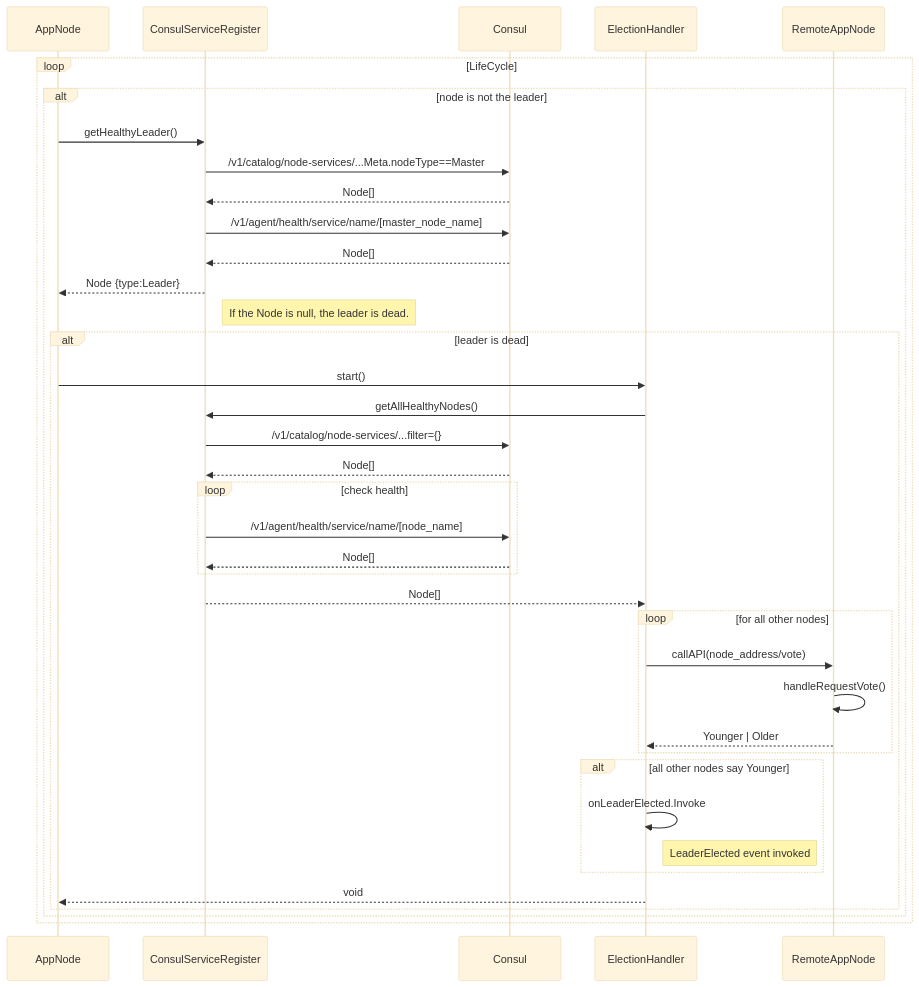
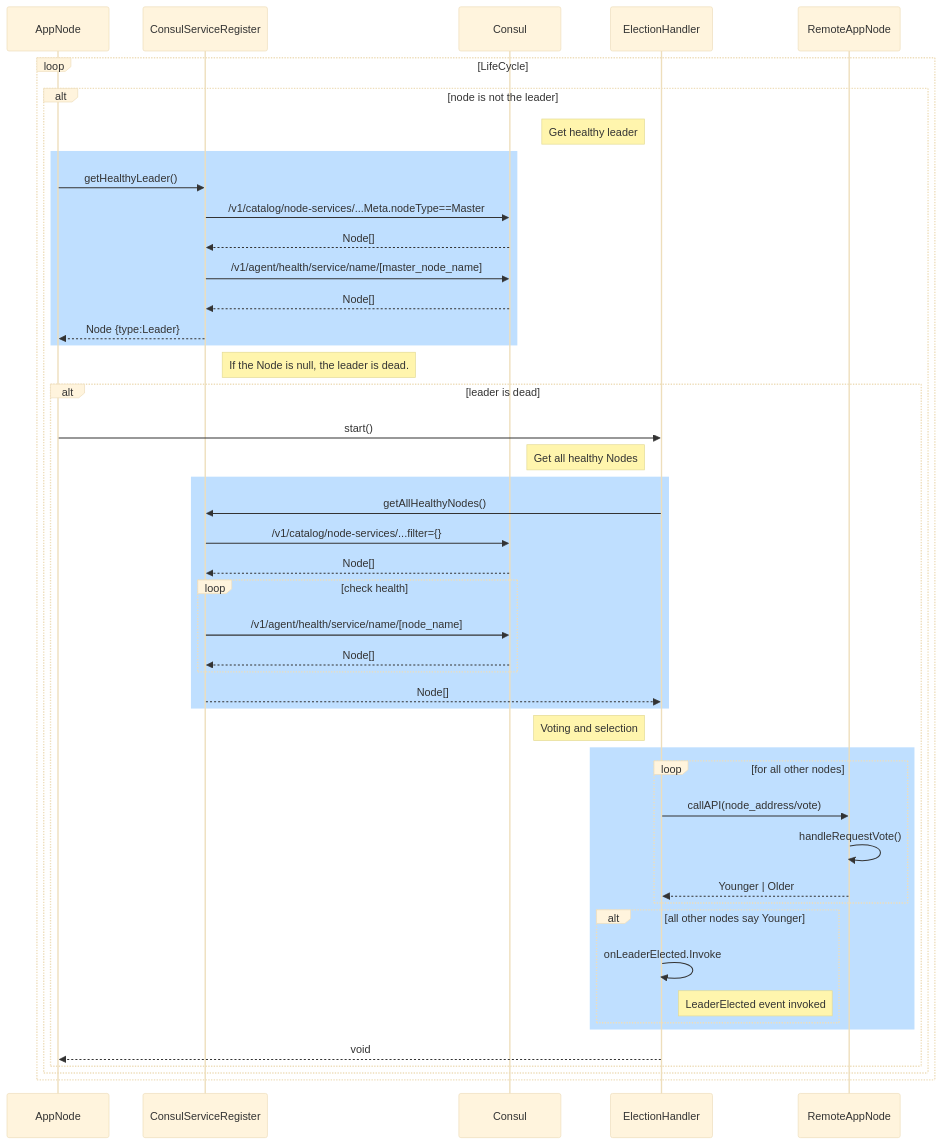
The diagram in docs/diagrams/seq-diagram-leader-selection.mmd (Kantha-Liyanage/DC-Assignment-Prime-Numbers), drawn with Mermaid (base theme) before and after one commit. The commit also changed 1 other file, not shown here.

```diff
--- a/docs/diagrams/seq-diagram-leader-selection.mmd
+++ b/docs/diagrams/seq-diagram-leader-selection.mmd
@@ -1,37 +1,57 @@
 sequenceDiagram 
+
+participant AppNode
+participant ConsulServiceRegister
+participant Consul
+participant ElectionHandler
+participant RemoteAppNode
 
 loop LifeCycle
     alt node is not the leader
         # Get healthy leader
+        Note left of ElectionHandler : Get healthy leader
+        rect rgb(191, 223, 255)
         AppNode ->> ConsulServiceRegister : getHealthyLeader()
         ConsulServiceRegister ->> Consul : /v1/catalog/node-services/...Meta.nodeType==Master
         Consul -->> ConsulServiceRegister : Node[]
         ConsulServiceRegister ->> Consul : /v1/agent/health/service/name/[master_node_name]
         Consul -->> ConsulServiceRegister : Node[]
         ConsulServiceRegister -->> AppNode : Node {type:Leader}
+        end
 
         # The leader is dead
         Note right of ConsulServiceRegister : If the Node is null, the leader is dead.
         alt leader is dead
             AppNode ->> ElectionHandler : start()
+            
+            # Get all healthy Nodes
+            Note left of ElectionHandler : Get all healthy Nodes
+            rect rgb(191, 223, 255)
             ElectionHandler ->> ConsulServiceRegister : getAllHealthyNodes()
             ConsulServiceRegister ->> Consul : /v1/catalog/node-services/...filter={}
             Consul -->> ConsulServiceRegister : Node[]
             loop check health
                 ConsulServiceRegister ->> Consul : /v1/agent/health/service/name/[node_name]
                 Consul -->> ConsulServiceRegister : Node[]
             end
             ConsulServiceRegister -->> ElectionHandler : Node[]
+            end
+
+            # Voting..
+            Note left of ElectionHandler : Voting and selection
+            rect rgb(191, 223, 255)
             loop for all other nodes
                 ElectionHandler ->> RemoteAppNode : callAPI(node_address/vote)
                 RemoteAppNode ->> RemoteAppNode : handleRequestVote()
                 RemoteAppNode -->> ElectionHandler : Younger | Older
             end
             alt all other nodes say Younger
                 ElectionHandler ->> ElectionHandler : onLeaderElected.Invoke
                 Note right of ElectionHandler : LeaderElected event invoked
             end
+            end
+
             ElectionHandler -->> AppNode : void
         end
     end
 end
```
